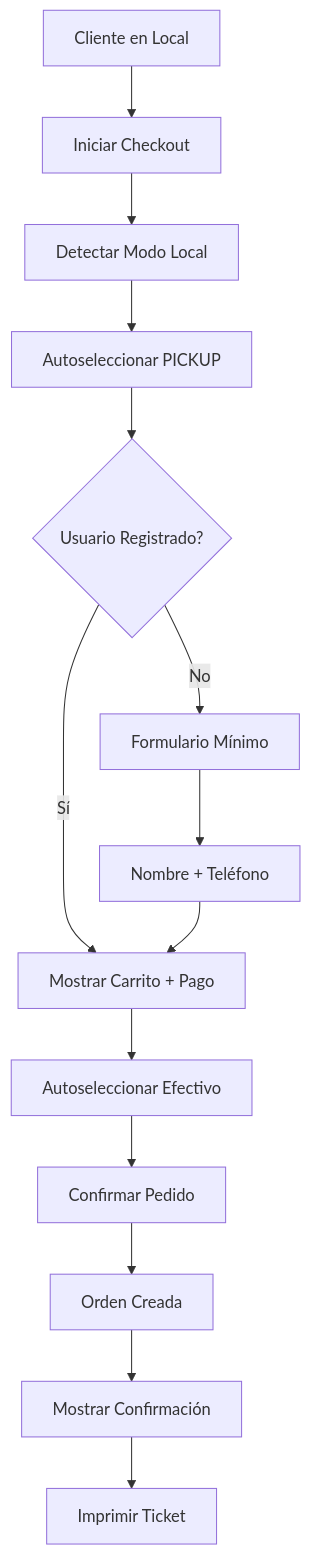
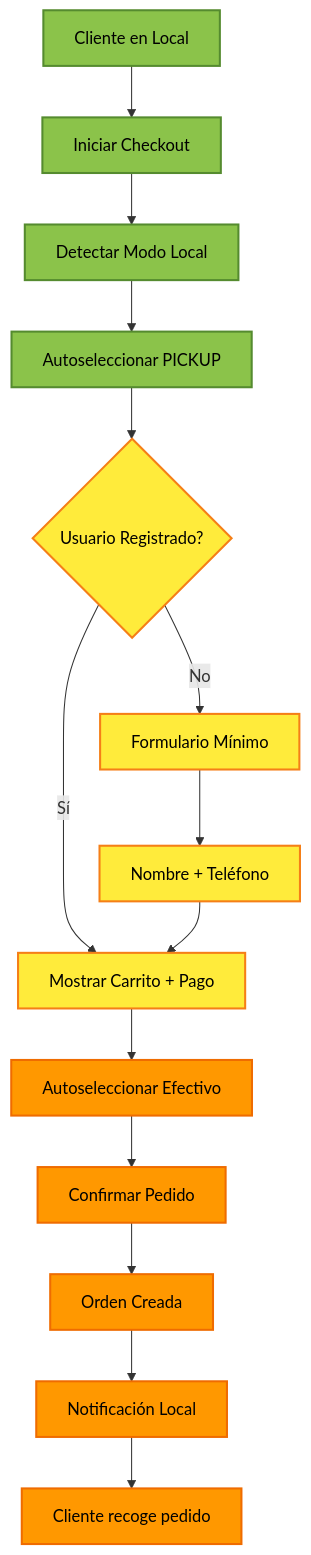
The fifth of 5 diagrams in docs_frontend/checkout-flujo-compras-robusto.md (Ivetta-Luis-Alberto-114588/front-startup), drawn with Mermaid before and after one commit. The commit also changed other lines of this file and 9 other files, not shown here.

````diff
--- a/docs_frontend/checkout-flujo-compras-robusto.md
+++ b/docs_frontend/checkout-flujo-compras-robusto.md
@@ -677,18 +871,27 @@
 ```mermaid
-graph TD
+flowchart TD
     A[Cliente en Local] --> B[Iniciar Checkout]
     B --> C[Detectar Modo Local]
     C --> D[Autoseleccionar PICKUP]
     D --> E{Usuario Registrado?}
-    
+  
     E -->|Sí| F[Mostrar Carrito + Pago]
     E -->|No| G[Formulario Mínimo]
     G --> H[Nombre + Teléfono]
     H --> F
-    
+  
     F --> I[Autoseleccionar Efectivo]
     I --> J[Confirmar Pedido]
     J --> K[Orden Creada]
-    K --> L[Mostrar Confirmación]
-    L --> M[Imprimir Ticket]
+    K --> L[Notificación Local]
+    L --> M[Cliente recoge pedido]
+
+    %% Estilos para flujo local
+    classDef localFlow fill:#8bc34a,stroke:#558b2f,stroke-width:2px,color:#000
+    classDef userFlow fill:#ffeb3b,stroke:#f57f17,stroke-width:2px,color:#000
+    classDef processFlow fill:#ff9800,stroke:#ef6c00,stroke-width:2px,color:#000
+    
+    class A,B,C,D localFlow
+    class E,F,G,H userFlow
+    class I,J,K,L,M processFlow
 ```
````
